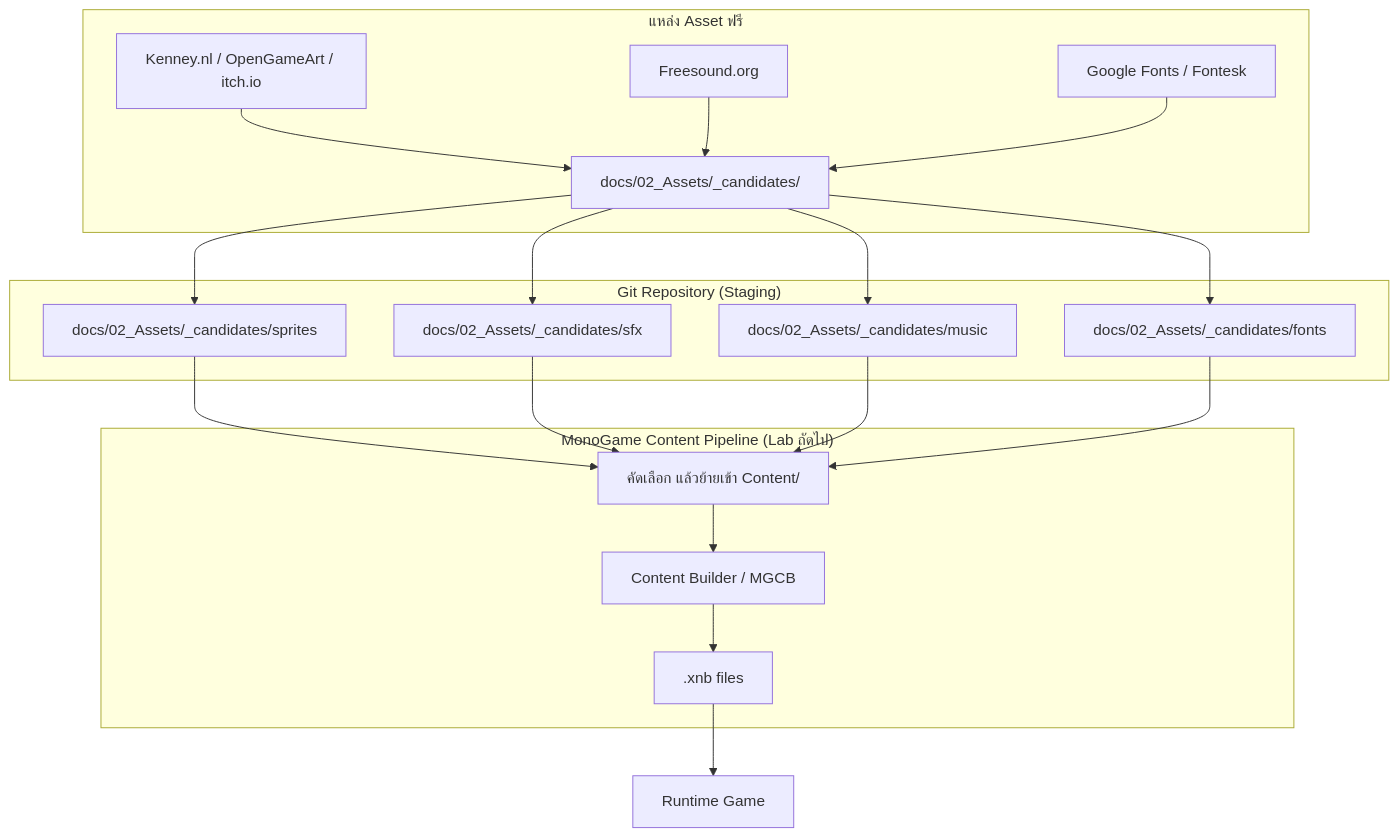
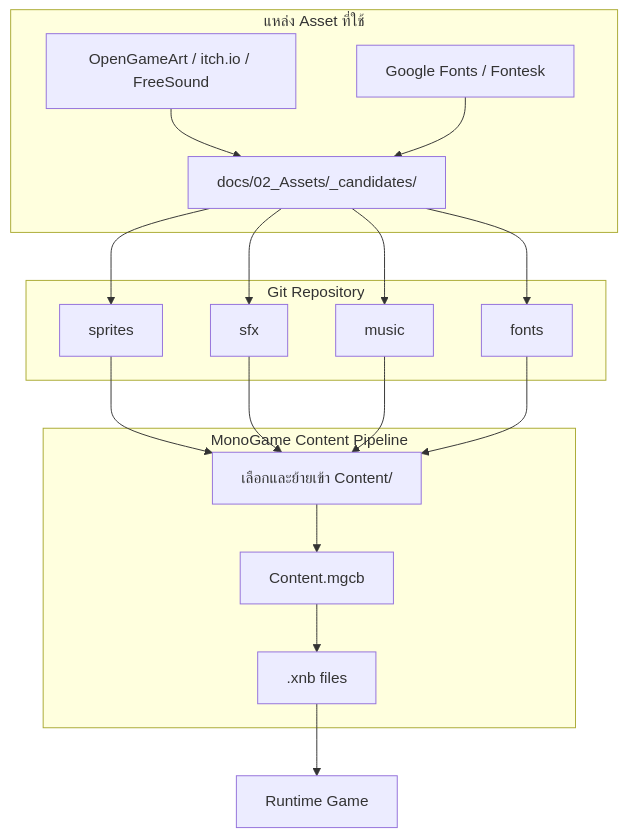
Before and after one commit to thanapoom697-maker/New-folder-Dg225-682110117: the diagram in [project-Don_tbeacund]-Prt_Proj-A/Docs/gdd/05-asset-list-pipeline-flow.md, drawn with Mermaid. The commit also changed other lines of this file and 8 other files, not shown here.

Commit message:
Update game design documents for STRESSED, including concept, core loop, mechanics, and asset pipeline; remove outdated self-assessment files; add Figma overview and assets.

````diff
--- a/[project-Don_tbeacund]-Prt_Proj-A/Docs/gdd/05-asset-list-pipeline-flow.md
+++ b/[project-Don_tbeacund]-Prt_Proj-A/Docs/gdd/05-asset-list-pipeline-flow.md
@@ -3,26 +3,25 @@
 ```mermaid
 flowchart TD
-    subgraph SOURCES["แหล่ง Asset ฟรี"]
-        K1[Kenney.nl / OpenGameArt / itch.io] --> C1[docs/02_Assets/_candidates/]
-        K2[Freesound.org] --> C1
-        K3[Google Fonts / Fontesk] --> C1
+    subgraph SOURCES["แหล่ง Asset ที่ใช้"]
+        K1[OpenGameArt / itch.io / FreeSound] --> C1[docs/02_Assets/_candidates/]
+        K2[Google Fonts / Fontesk] --> C1
     end
 
-    subgraph REPO["Git Repository (Staging)"]
-        C1 --> R1[docs/02_Assets/_candidates/sprites]
-        C1 --> R2[docs/02_Assets/_candidates/sfx]
-        C1 --> R3[docs/02_Assets/_candidates/music]
-        C1 --> R4[docs/02_Assets/_candidates/fonts]
+    subgraph REPO["Git Repository"]
+        C1 --> R1[sprites]
+        C1 --> R2[sfx]
+        C1 --> R3[music]
+        C1 --> R4[fonts]
     end
 
-    subgraph PIPELINE["MonoGame Content Pipeline (Lab ถัดไป)"]
-        R1 --> CP[คัดเลือก แล้วย้ายเข้า Content/]
+    subgraph PIPELINE["MonoGame Content Pipeline"]
+        R1 --> CP[เลือกและย้ายเข้า Content/]
         R2 --> CP
         R3 --> CP
         R4 --> CP
-        CP --> P1[Content Builder / MGCB]
+        CP --> P1[Content.mgcb]
         P1 --> XNB[.xnb files]
     end
 
     XNB --> GAME[Runtime Game]
 ```
````
